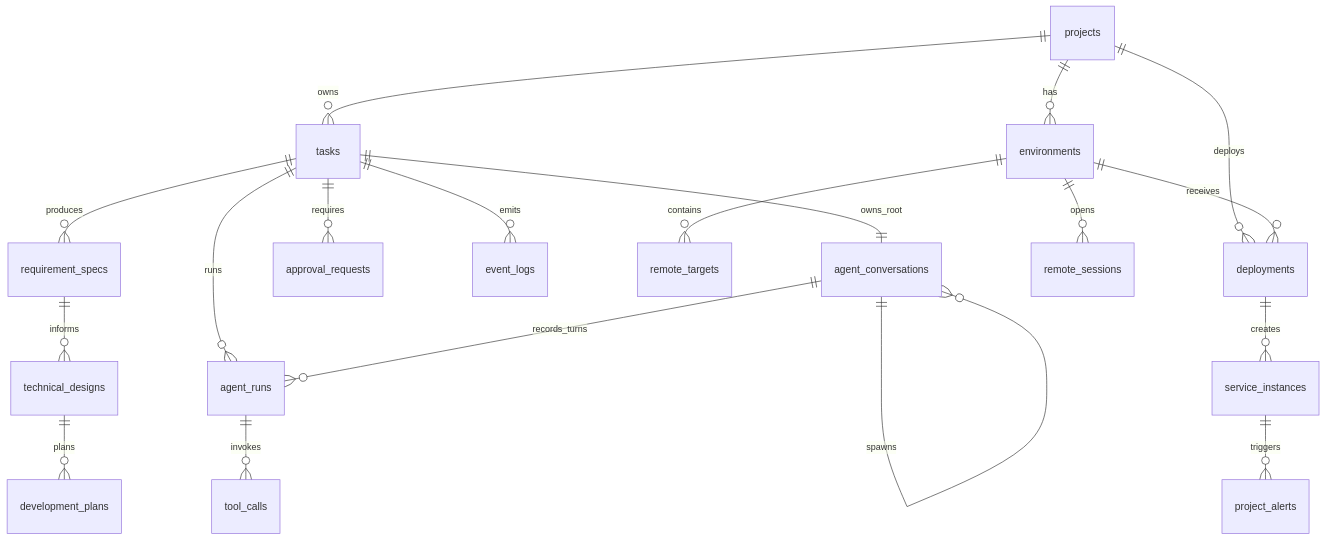
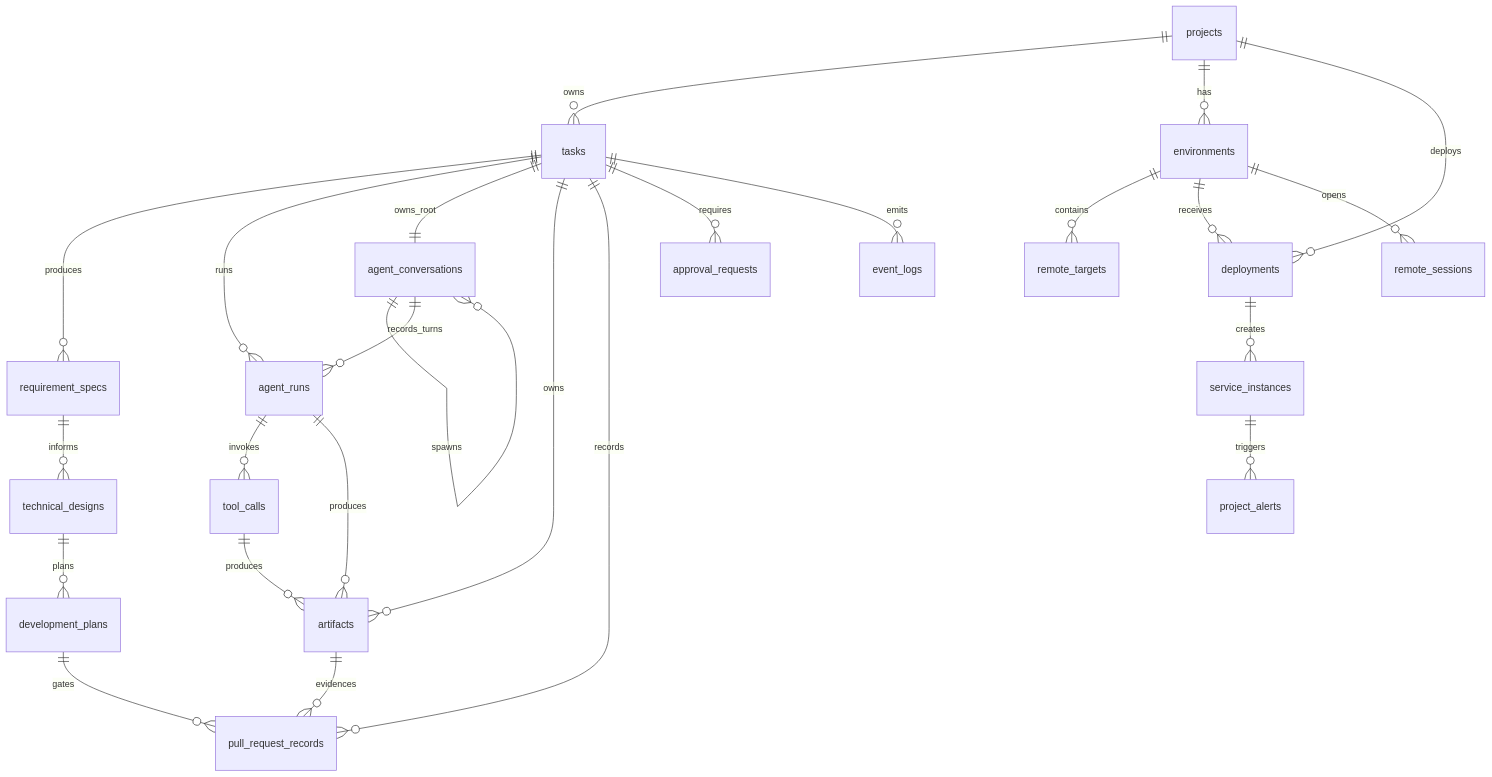
One commit to ChaceQC/CloudHelm changed the diagram in docs/15-detailed-design/04-data-detail.md. Above: the diagram before and after it, drawn with Mermaid. The commit also changed other lines of this file and 64 other files, not shown here.

````diff
--- a/docs/15-detailed-design/04-data-detail.md
+++ b/docs/15-detailed-design/04-data-detail.md
@@ -94,21 +143,27 @@
 ```mermaid
 erDiagram
     projects ||--o{ tasks : owns
     projects ||--o{ environments : has
     tasks ||--o{ requirement_specs : produces
     requirement_specs ||--o{ technical_designs : informs
     technical_designs ||--o{ development_plans : plans
     tasks ||--o{ agent_runs : runs
     tasks ||--|| agent_conversations : owns_root
     agent_conversations ||--o{ agent_conversations : spawns
     agent_conversations ||--o{ agent_runs : records_turns
     agent_runs ||--o{ tool_calls : invokes
+    tasks ||--o{ artifacts : owns
+    agent_runs ||--o{ artifacts : produces
+    tool_calls ||--o{ artifacts : produces
+    tasks ||--o{ pull_request_records : records
+    development_plans ||--o{ pull_request_records : gates
+    artifacts ||--o{ pull_request_records : evidences
     tasks ||--o{ approval_requests : requires
     tasks ||--o{ event_logs : emits
     environments ||--o{ remote_targets : contains
     projects ||--o{ deployments : deploys
     environments ||--o{ deployments : receives
     deployments ||--o{ service_instances : creates
     service_instances ||--o{ project_alerts : triggers
     environments ||--o{ remote_sessions : opens
 ```
````
